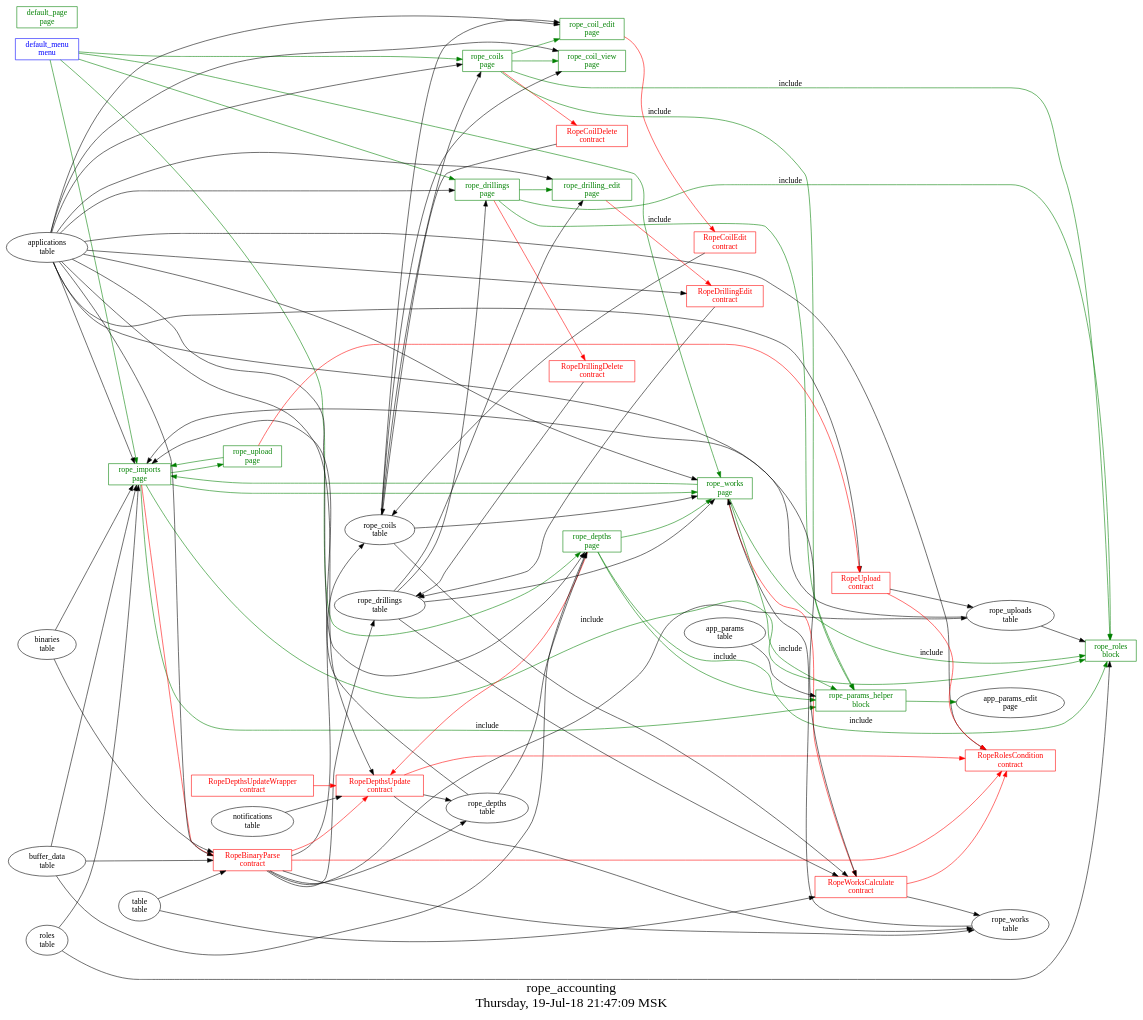
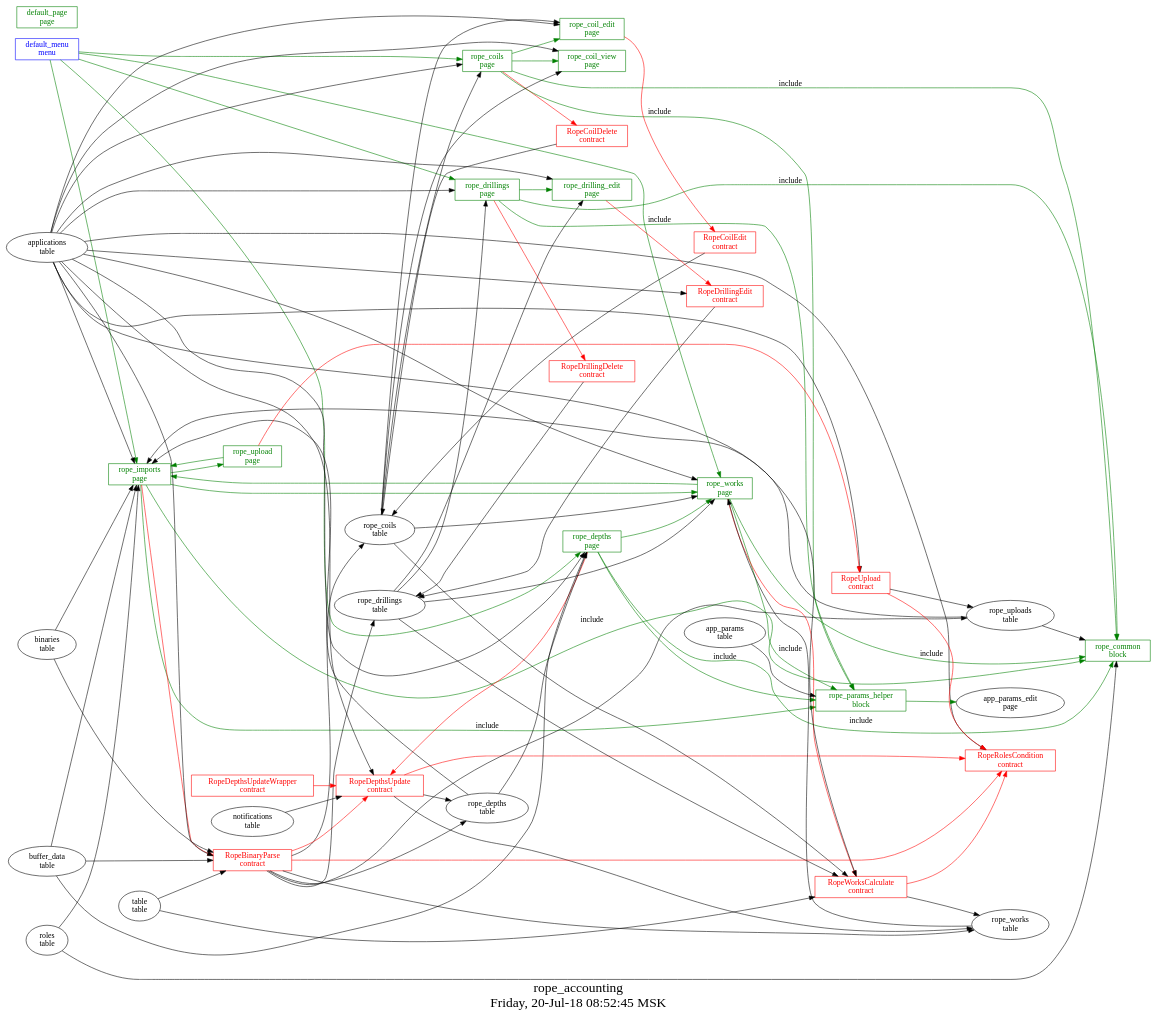
One commit to AplaProject/apps changed the diagram in src/rope_accounting/struct.dot. Above: the diagram before and after it, drawn with Graphviz. The commit also changed 7 other files, not shown here.

```diff
--- a/src/rope_accounting/struct.dot
+++ b/src/rope_accounting/struct.dot
@@ -1,128 +1,128 @@
 digraph G {
 graph [
   fontsize="24";
-  label="rope_accounting\nThursday, 19-Jul-18 21:47:09 MSK";
+  label="rope_accounting\nFriday, 20-Jul-18 08:52:45 MSK";
   nojustify=true;
   ordering=out;
   rankdir=LR;
   size="30";
 ];
 "default_menu\nmenu" -> "rope_imports\npage"  [ color=green ]
 "default_menu\nmenu" -> "rope_works\npage"  [ color=green ]
 "default_menu\nmenu" -> "rope_depths\npage"  [ color=green ]
 "default_menu\nmenu" -> "rope_drillings\npage"  [ color=green ]
 "default_menu\nmenu" -> "rope_coils\npage"  [ color=green ]
 "default_menu\nmenu" [color=blue, fontcolor=blue, group=menus, shape=record];
 "default_page\npage" [color=green, fontcolor=green, group=pages, shape=record];
 "rope_coil_edit\npage" -> "RopeCoilEdit\ncontract"  [ color=red ]
 "applications\ntable" -> "rope_coil_edit\npage"
 "rope_coils\ntable" -> "rope_coil_edit\npage"
 "rope_coil_edit\npage" [color=green, fontcolor=green, group=pages, shape=record];
 "applications\ntable" -> "rope_coil_view\npage"
 "rope_coils\ntable" -> "rope_coil_view\npage"
 "rope_coil_view\npage" [color=green, fontcolor=green, group=pages, shape=record];
 "rope_coils\npage" -> "RopeCoilDelete\ncontract"  [ color=red ]
 "applications\ntable" -> "rope_coils\npage"
 "rope_coils\ntable" -> "rope_coils\npage"
 "rope_coils\npage" -> "rope_coil_edit\npage"  [ color=green ]
 "rope_coils\npage" -> "rope_coil_view\npage"  [ color=green ]
-"rope_coils\npage" -> "rope_roles\nblock"  [ color=green, label=include ]
+"rope_coils\npage" -> "rope_common\nblock"  [ color=green, label=include ]
 "rope_coils\npage" -> "rope_params_helper\nblock"  [ color=green, label=include ]
 "rope_coils\npage" [color=green, fontcolor=green, group=pages, shape=record];
 "rope_depths\npage" -> "RopeDepthsUpdate\ncontract"  [ color=red ]
 "applications\ntable" -> "rope_depths\npage"
 "rope_depths\ntable" -> "rope_depths\npage"
 "buffer_data\ntable" -> "rope_depths\npage"
 "rope_depths\npage" -> "rope_works\npage"  [ color=green ]
-"rope_depths\npage" -> "rope_roles\nblock"  [ color=green, label=include ]
+"rope_depths\npage" -> "rope_common\nblock"  [ color=green, label=include ]
 "rope_depths\npage" -> "rope_params_helper\nblock"  [ color=green, label=include ]
 "rope_depths\npage" [color=green, fontcolor=green, group=pages, shape=record];
 "rope_drilling_edit\npage" -> "RopeDrillingEdit\ncontract"  [ color=red ]
 "applications\ntable" -> "rope_drilling_edit\npage"
 "rope_drillings\ntable" -> "rope_drilling_edit\npage"
 "rope_drilling_edit\npage" [color=green, fontcolor=green, group=pages, shape=record];
 "rope_drillings\npage" -> "RopeDrillingDelete\ncontract"  [ color=red ]
 "applications\ntable" -> "rope_drillings\npage"
 "rope_drillings\ntable" -> "rope_drillings\npage"
 "rope_drillings\npage" -> "rope_drilling_edit\npage"  [ color=green ]
-"rope_drillings\npage" -> "rope_roles\nblock"  [ color=green, label=include ]
+"rope_drillings\npage" -> "rope_common\nblock"  [ color=green, label=include ]
 "rope_drillings\npage" -> "rope_params_helper\nblock"  [ color=green, label=include ]
 "rope_drillings\npage" [color=green, fontcolor=green, group=pages, shape=record];
 "rope_imports\npage" -> "RopeBinaryParse\ncontract"  [ color=red ]
 "applications\ntable" -> "rope_imports\npage"
 "roles\ntable" -> "rope_imports\npage"
 "rope_uploads\ntable" -> "rope_imports\npage"
 "binaries\ntable" -> "rope_imports\npage"
 "rope_depths\ntable" -> "rope_imports\npage"
 "buffer_data\ntable" -> "rope_imports\npage"
 "rope_imports\npage" -> "rope_upload\npage"  [ color=green ]
 "rope_imports\npage" -> "rope_works\npage"  [ color=green ]
-"rope_imports\npage" -> "rope_roles\nblock"  [ color=green, label=include ]
+"rope_imports\npage" -> "rope_common\nblock"  [ color=green, label=include ]
 "rope_imports\npage" -> "rope_params_helper\nblock"  [ color=green, label=include ]
 "rope_imports\npage" [color=green, fontcolor=green, group=pages, shape=record];
 "rope_upload\npage" -> "RopeUpload\ncontract"  [ color=red ]
 "rope_upload\npage" -> "rope_imports\npage"  [ color=green ]
 "rope_upload\npage" [color=green, fontcolor=green, group=pages, shape=record];
 "rope_works\npage" -> "RopeWorksCalculate\ncontract"  [ color=red ]
 "applications\ntable" -> "rope_works\npage"
 "rope_works\ntable" -> "rope_works\npage"
 "rope_drillings\ntable" -> "rope_works\npage"
 "rope_coils\ntable" -> "rope_works\npage"
 "rope_works\npage" -> "rope_imports\npage"  [ color=green ]
-"rope_works\npage" -> "rope_roles\nblock"  [ color=green, label=include ]
+"rope_works\npage" -> "rope_common\nblock"  [ color=green, label=include ]
 "rope_works\npage" -> "rope_params_helper\nblock"  [ color=green, label=include ]
 "rope_works\npage" [color=green, fontcolor=green, group=pages, shape=record];
+"roles\ntable" -> "rope_common\nblock"
+"rope_uploads\ntable" -> "rope_common\nblock"
+"rope_common\nblock" [color=green, fontcolor=green, group=blocks, shape=record];
 "app_params\ntable" -> "rope_params_helper\nblock"
 "rope_params_helper\nblock" -> "app_params_edit\npage"  [ color=green ]
 "rope_params_helper\nblock" [color=green, fontcolor=green, group=blocks, shape=record];
-"roles\ntable" -> "rope_roles\nblock"
-"rope_uploads\ntable" -> "rope_roles\nblock"
-"rope_roles\nblock" [color=green, fontcolor=green, group=blocks, shape=record];
 "RopeBinaryParse\ncontract" -> "RopeDepthsUpdate\ncontract"  [ color=red ]
 "RopeBinaryParse\ncontract" -> "RopeRolesCondition\ncontract"  [ color=red ]
 "RopeBinaryParse\ncontract" -> "rope_coils\ntable"  [ color="" ]
 "RopeBinaryParse\ncontract" -> "rope_drillings\ntable"  [ color="" ]
 "RopeBinaryParse\ncontract" -> "rope_works\ntable"  [ color="" ]
 "RopeBinaryParse\ncontract" -> "rope_depths\ntable"  [ color="" ]
 "RopeBinaryParse\ncontract" -> "rope_uploads\ntable"  [ color="" ]
 "table\ntable" -> "RopeBinaryParse\ncontract"
 "buffer_data\ntable" -> "RopeBinaryParse\ncontract"
 "binaries\ntable" -> "RopeBinaryParse\ncontract"
 "applications\ntable" -> "RopeBinaryParse\ncontract"
 "RopeBinaryParse\ncontract" [color=red, fontcolor=red, group=contracts, shape=record];
 "RopeCoilDelete\ncontract" -> "rope_coils\ntable"  [ color="" ]
 "RopeCoilDelete\ncontract" [color=red, fontcolor=red, group=contracts, shape=record];
 "RopeCoilEdit\ncontract" -> "rope_coils\ntable"  [ color="" ]
 "RopeCoilEdit\ncontract" [color=red, fontcolor=red, group=contracts, shape=record];
 "RopeDepthsUpdate\ncontract" -> "RopeRolesCondition\ncontract"  [ color=red ]
 "RopeDepthsUpdate\ncontract" -> "rope_works\ntable"  [ color="" ]
 "RopeDepthsUpdate\ncontract" -> "rope_depths\ntable"  [ color="" ]
 "notifications\ntable" -> "RopeDepthsUpdate\ncontract"
 "applications\ntable" -> "RopeDepthsUpdate\ncontract"
 "RopeDepthsUpdate\ncontract" [color=red, fontcolor=red, group=contracts, shape=record];
 "RopeDepthsUpdateWrapper\ncontract" -> "RopeDepthsUpdate\ncontract"  [ color=red ]
 "RopeDepthsUpdateWrapper\ncontract" [color=red, fontcolor=red, group=contracts, shape=record];
 "RopeDrillingDelete\ncontract" -> "rope_drillings\ntable"  [ color="" ]
 "RopeDrillingDelete\ncontract" [color=red, fontcolor=red, group=contracts, shape=record];
 "RopeDrillingEdit\ncontract" -> "rope_drillings\ntable"  [ color="" ]
 "applications\ntable" -> "RopeDrillingEdit\ncontract"
 "RopeDrillingEdit\ncontract" [color=red, fontcolor=red, group=contracts, shape=record];
 "applications\ntable" -> "RopeRolesCondition\ncontract"
 "RopeRolesCondition\ncontract" [color=red, fontcolor=red, group=contracts, shape=record];
 "RopeUpload\ncontract" -> "RopeRolesCondition\ncontract"  [ color=red ]
 "RopeUpload\ncontract" -> "rope_uploads\ntable"  [ color="" ]
 "applications\ntable" -> "RopeUpload\ncontract"
 "RopeUpload\ncontract" [color=red, fontcolor=red, group=contracts, shape=record];
 "RopeWorksCalculate\ncontract" -> "RopeRolesCondition\ncontract"  [ color=red ]
 "RopeWorksCalculate\ncontract" -> "rope_works\ntable"  [ color="" ]
 "table\ntable" -> "RopeWorksCalculate\ncontract"
 "applications\ntable" -> "RopeWorksCalculate\ncontract"
 "rope_coils\ntable" -> "RopeWorksCalculate\ncontract"
 "rope_drillings\ntable" -> "RopeWorksCalculate\ncontract"
 "RopeWorksCalculate\ncontract" [color=red, fontcolor=red, group=contracts, shape=record];
 "rope_coils\ntable" [color="", fontcolor="", group=tables, shape=""];
 "rope_depths\ntable" [color="", fontcolor="", group=tables, shape=""];
 "rope_drillings\ntable" [color="", fontcolor="", group=tables, shape=""];
 "rope_uploads\ntable" [color="", fontcolor="", group=tables, shape=""];
 "rope_works\ntable" [color="", fontcolor="", group=tables, shape=""];
 }
```
